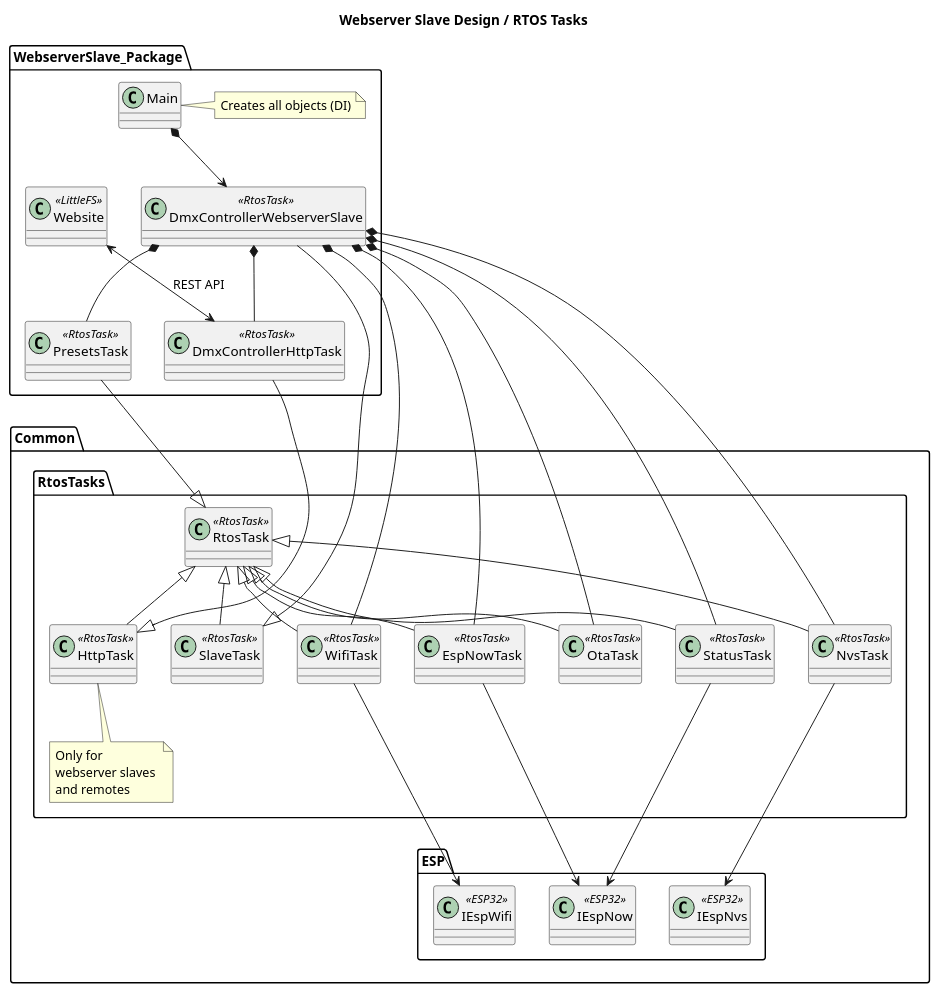
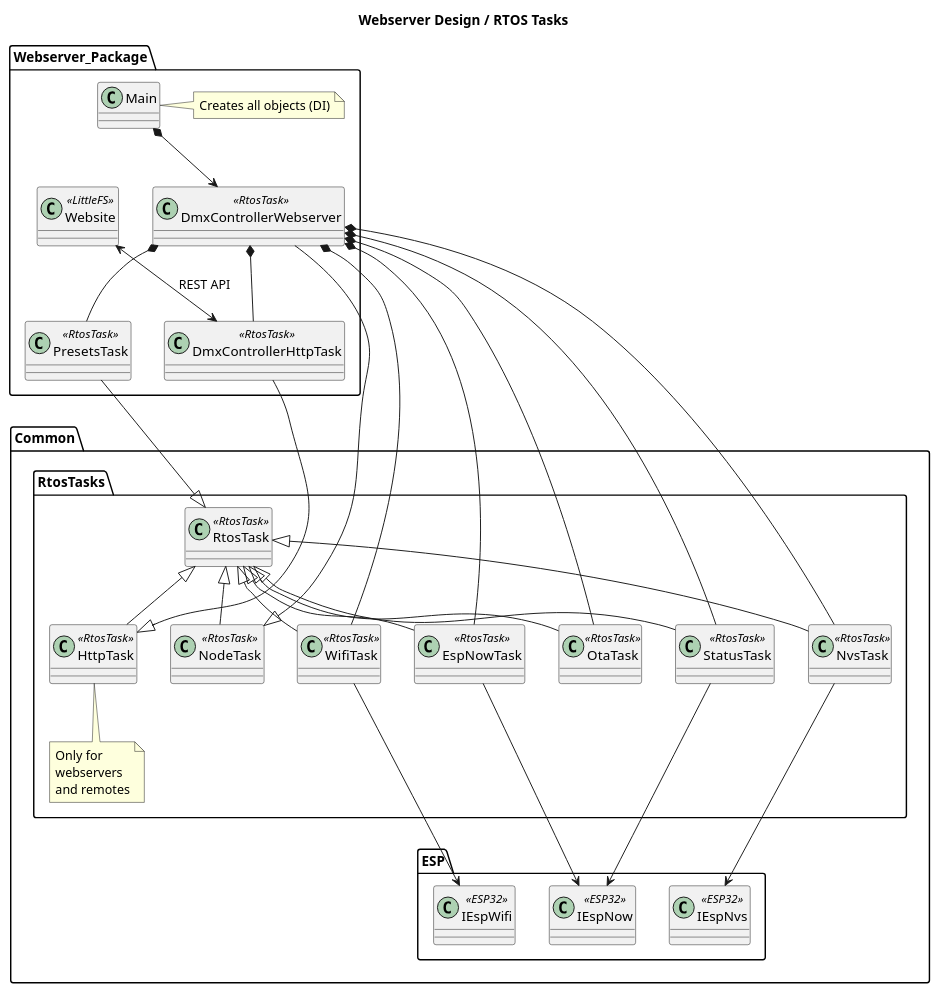
Before and after one commit to michelkeijzers/Esp32Framework: the first of 5 diagrams in docs/requirements_and_dds/slaves/webserver_slave.puml, drawn with PlantUML. The commit also changed other lines of this file and 37 other files, not shown here.

Commit message:
Removed slave -> node

```diff
--- a/docs/requirements_and_dds/slaves/webserver_slave.puml
+++ b/docs/requirements_and_dds/slaves/webserver_slave.puml
@@ -1,77 +1,77 @@
 @startuml 
 
-title Webserver Slave Design / RTOS Tasks
+title Webserver Design / RTOS Tasks
 
-package WebserverSlave_Package
+package Webserver_Package
 {
     class Main {}
     note right of Main
         Creates all objects (DI)
     end note
 
-    class DmxControllerWebserverSlave <<RtosTask>> {}
+    class DmxControllerWebserver <<RtosTask>> {}
 
     class Website <<LittleFS>>
 
     class DmxControllerHttpTask <<RtosTask>> {}
     class PresetsTask <<RtosTask>> {}
 
-    Main *--> DmxControllerWebserverSlave
+    Main *--> DmxControllerWebserver
     
     Website <--> DmxControllerHttpTask : REST API
 }
 
 package Common 
 {
     package RtosTasks
     {
         class RtosTask <<RtosTask>> {}
 
-        class SlaveTask <<RtosTask>> {}
+        class NodeTask <<RtosTask>> {}
         class HttpTask <<RtosTask>> {}
         note bottom of HttpTask
             Only for
-            webserver slaves 
+            webservers
             and remotes
         end note        
         class WifiTask <<RtosTask>> {}
         class EspNowTask <<RtosTask>> {}
         class OtaTask <<RtosTask>> {}
         class StatusTask <<RtosTask>> {}
         class NvsTask <<RtosTask>> {}
 
-        SlaveTask -u-|> RtosTask
+        NodeTask -u-|> RtosTask
         HttpTask -u-|> RtosTask
         WifiTask -u-|> RtosTask
         EspNowTask -u-|> RtosTask
         OtaTask -u-|> RtosTask
         StatusTask -u-|> RtosTask
         NvsTask -u-|> RtosTask
         
     }
     package ESP
     {
         class IEspWifi <<ESP32>> {}
         class IEspNow <<ESP32>> {}
         class IEspNvs <<ESP32>> {}
     }
 
     StatusTask ---> IEspNow
     WifiTask ---> IEspWifi
     EspNowTask ---> IEspNow
     NvsTask ---> IEspNvs
 }
 
-DmxControllerWebserverSlave --|> SlaveTask
+DmxControllerWebserver --|> NodeTask
 DmxControllerHttpTask --|> HttpTask
 PresetsTask --|> RtosTask
 
-DmxControllerWebserverSlave *-- DmxControllerHttpTask
-DmxControllerWebserverSlave *-- PresetsTask
-DmxControllerWebserverSlave *-- StatusTask
-DmxControllerWebserverSlave *-- EspNowTask
-DmxControllerWebserverSlave *-- WifiTask
-DmxControllerWebserverSlave *-- OtaTask
-DmxControllerWebserverSlave *-- NvsTask
+DmxControllerWebserver *-- DmxControllerHttpTask
+DmxControllerWebserver *-- PresetsTask
+DmxControllerWebserver *-- StatusTask
+DmxControllerWebserver *-- EspNowTask
+DmxControllerWebserver *-- WifiTask
+DmxControllerWebserver *-- OtaTask
+DmxControllerWebserver *-- NvsTask
 
 @enduml
```
